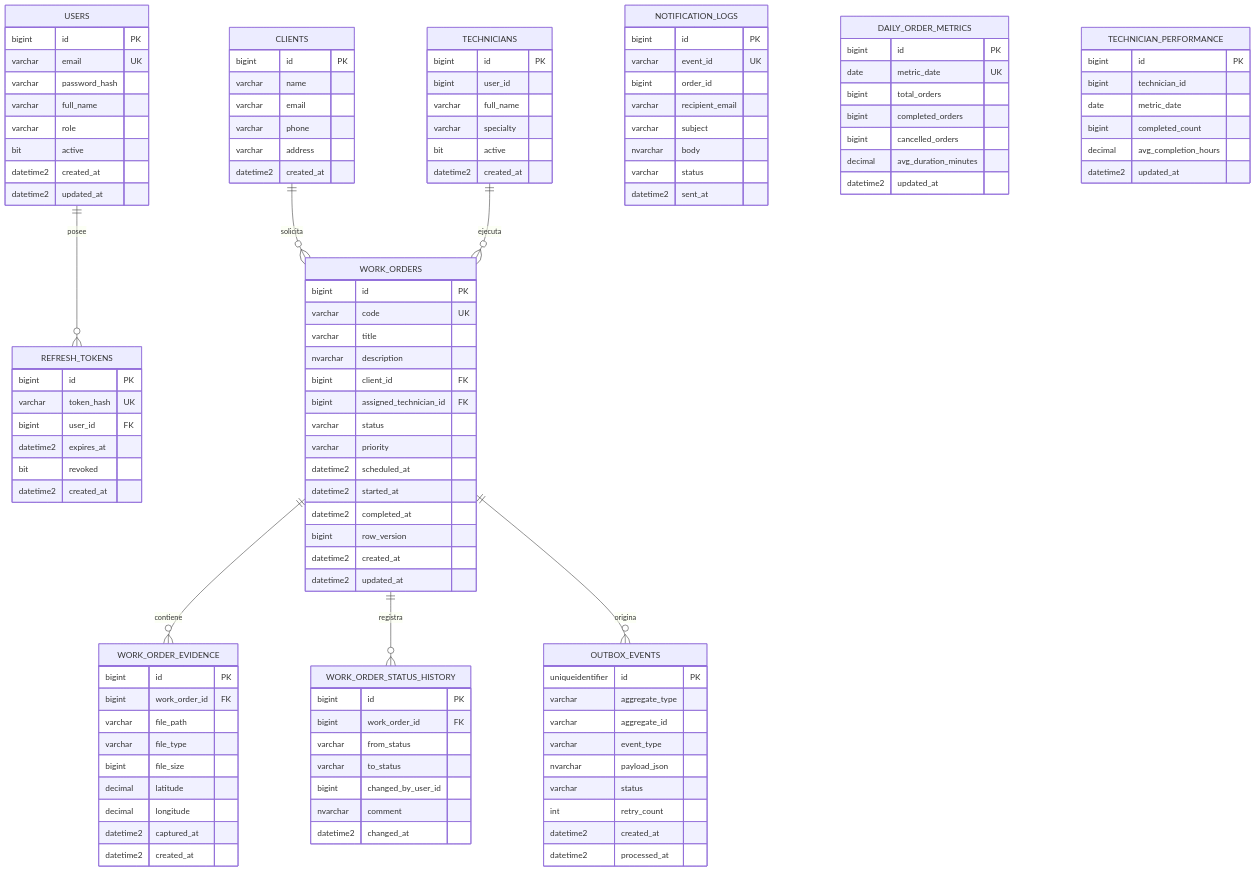
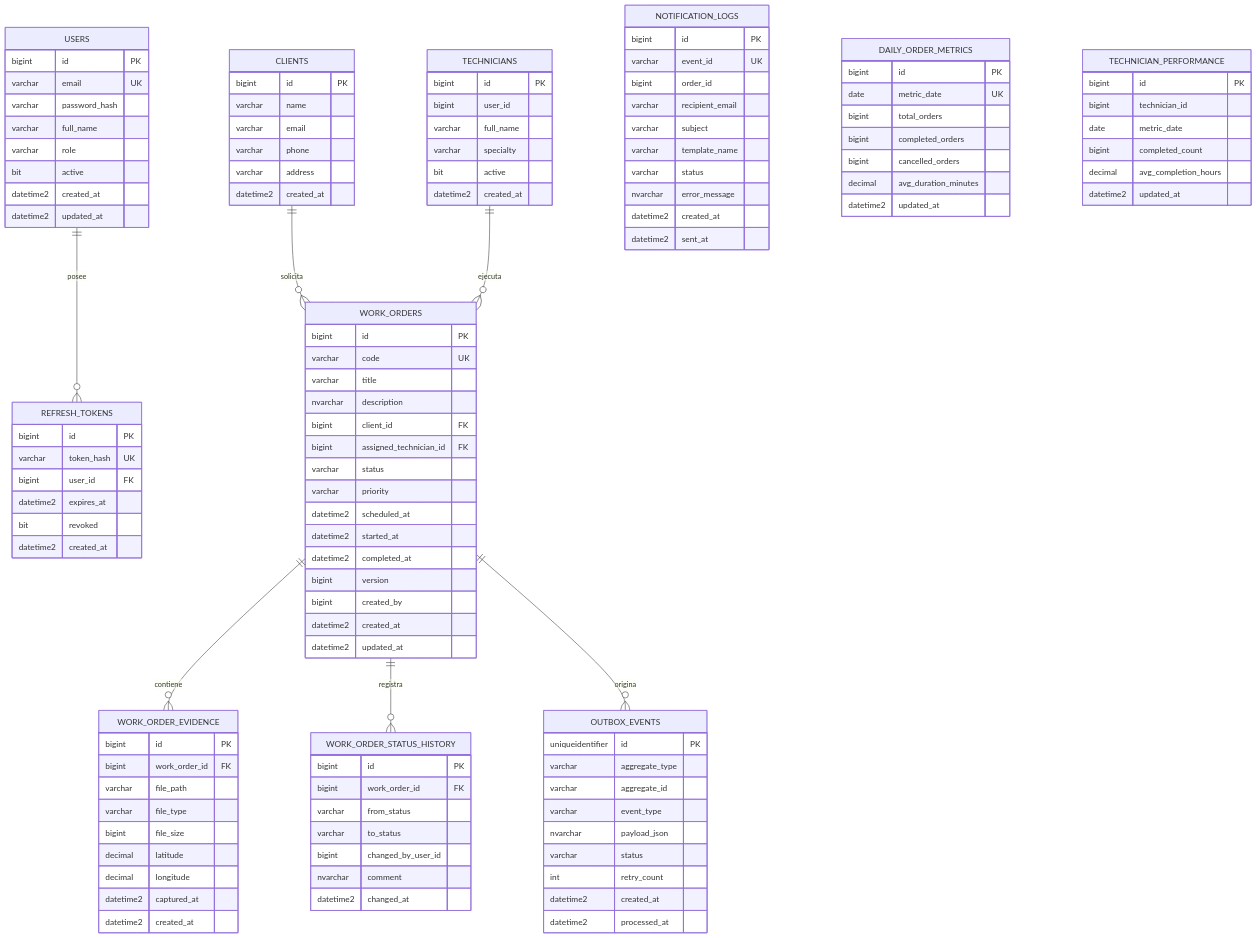
Before and after one commit to Marcos7PY/FieldOps: the diagram in docs/diagrams/er-diagram.mmd, drawn with Mermaid. The commit also changed 127 other files, not shown here.

```diff
--- a/docs/diagrams/er-diagram.mmd
+++ b/docs/diagrams/er-diagram.mmd
@@ -1,126 +1,129 @@
 erDiagram
     USERS {
         bigint id PK
         varchar email UK
         varchar password_hash
         varchar full_name
         varchar role
         bit active
         datetime2 created_at
         datetime2 updated_at
     }
 
     REFRESH_TOKENS {
         bigint id PK
         varchar token_hash UK
         bigint user_id FK
         datetime2 expires_at
         bit revoked
         datetime2 created_at
     }
 
     CLIENTS {
         bigint id PK
         varchar name
         varchar email
         varchar phone
         varchar address
         datetime2 created_at
     }
 
     TECHNICIANS {
         bigint id PK
         bigint user_id
         varchar full_name
         varchar specialty
         bit active
         datetime2 created_at
     }
 
     WORK_ORDERS {
         bigint id PK
         varchar code UK
         varchar title
         nvarchar description
         bigint client_id FK
         bigint assigned_technician_id FK
         varchar status
         varchar priority
         datetime2 scheduled_at
         datetime2 started_at
         datetime2 completed_at
-        bigint row_version
+        bigint version
+        bigint created_by
         datetime2 created_at
         datetime2 updated_at
     }
 
     WORK_ORDER_EVIDENCE {
         bigint id PK
         bigint work_order_id FK
         varchar file_path
         varchar file_type
         bigint file_size
         decimal latitude
         decimal longitude
         datetime2 captured_at
         datetime2 created_at
     }
 
     WORK_ORDER_STATUS_HISTORY {
         bigint id PK
         bigint work_order_id FK
         varchar from_status
         varchar to_status
         bigint changed_by_user_id
         nvarchar comment
         datetime2 changed_at
     }
 
     OUTBOX_EVENTS {
         uniqueidentifier id PK
         varchar aggregate_type
         varchar aggregate_id
         varchar event_type
         nvarchar payload_json
         varchar status
         int retry_count
         datetime2 created_at
         datetime2 processed_at
     }
 
     NOTIFICATION_LOGS {
         bigint id PK
         varchar event_id UK
         bigint order_id
         varchar recipient_email
         varchar subject
-        nvarchar body
+        varchar template_name
         varchar status
+        nvarchar error_message
+        datetime2 created_at
         datetime2 sent_at
     }
 
     DAILY_ORDER_METRICS {
         bigint id PK
         date metric_date UK
         bigint total_orders
         bigint completed_orders
         bigint cancelled_orders
         decimal avg_duration_minutes
         datetime2 updated_at
     }
 
     TECHNICIAN_PERFORMANCE {
         bigint id PK
         bigint technician_id
         date metric_date
         bigint completed_count
         decimal avg_completion_hours
         datetime2 updated_at
     }
 
     USERS ||--o{ REFRESH_TOKENS : "posee"
     CLIENTS ||--o{ WORK_ORDERS : "solicita"
     TECHNICIANS ||--o{ WORK_ORDERS : "ejecuta"
     WORK_ORDERS ||--o{ WORK_ORDER_EVIDENCE : "contiene"
     WORK_ORDERS ||--o{ WORK_ORDER_STATUS_HISTORY : "registra"
     WORK_ORDERS ||--o{ OUTBOX_EVENTS : "origina"
```
